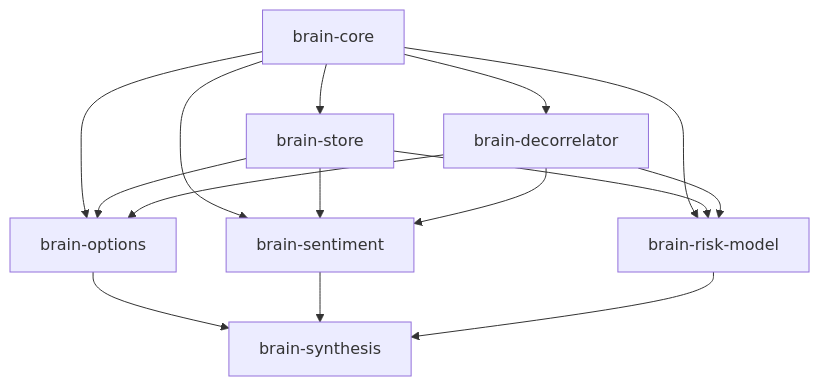
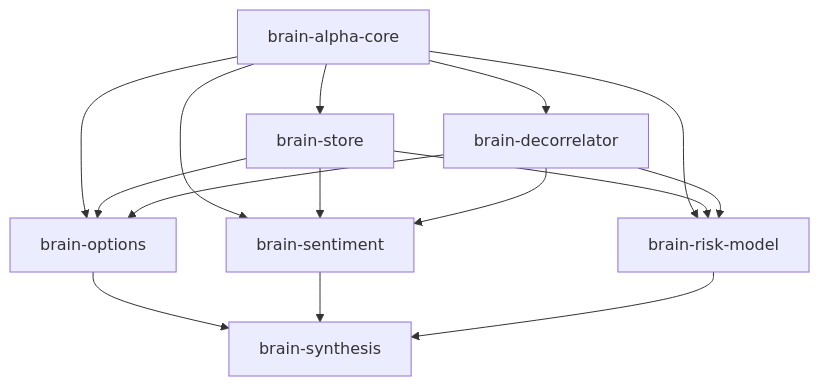
One commit to Xtley001/brain-libraries changed the diagram in README.md. Above: the diagram before and after it, drawn with Mermaid. The commit also changed other lines of this file, not shown here.

````diff
--- a/README.md
+++ b/README.md
@@ -61,20 +61,20 @@
 ```mermaid
 graph TD
-    BC[brain-core] --> BS[brain-store]
+    BC[brain-alpha-core] --> BS[brain-store]
     BC --> BD[brain-decorrelator]
     BC --> BO[brain-options]
     BC --> BSe[brain-sentiment]
     BC --> BRM[brain-risk-model]
     
     BS --> BO
     BS --> BSe
     BS --> BRM
     
     BD --> BO
     BD --> BSe
     BD --> BRM
     
     BO --> BSyn[brain-synthesis]
     BSe --> BSyn
     BRM --> BSyn
 ```
````
